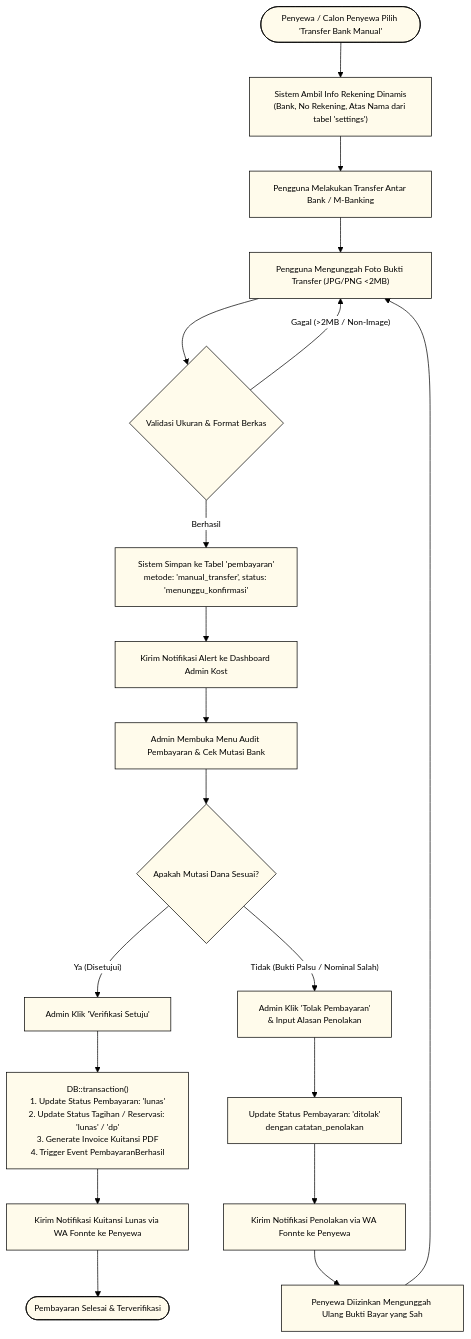
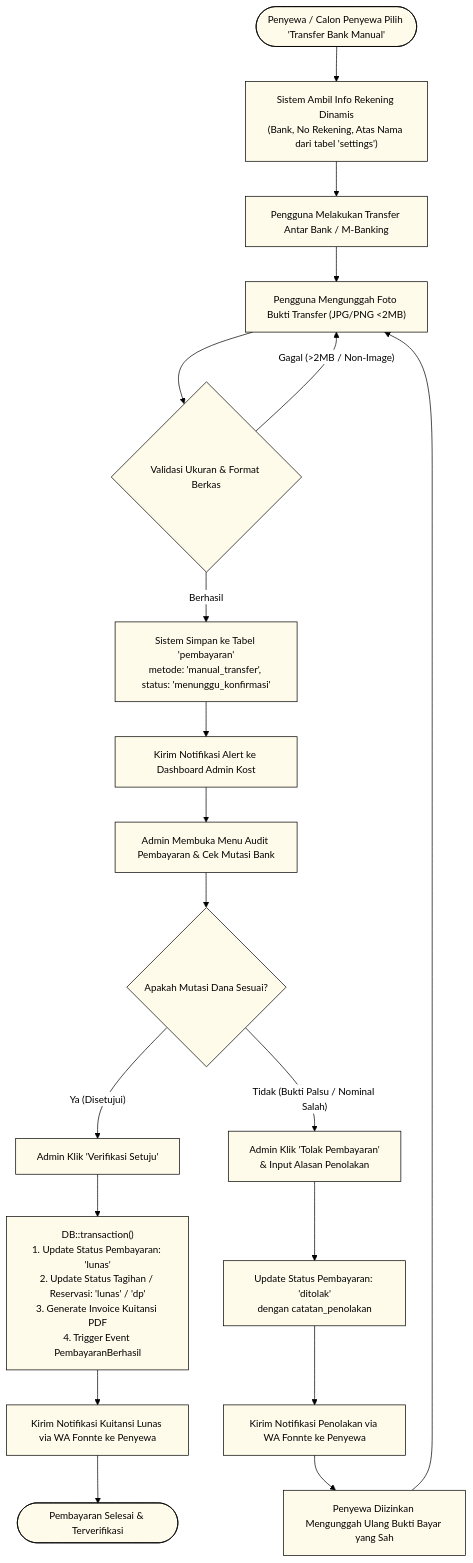
Before and after one commit to rafifarsyapradiva/asri-boarding-house: the diagram in Blueprint/prd/prd_diagram_11_manual_transfer_flow.mmd, drawn with Mermaid. The commit also changed 49 other files, not shown here.

Commit message:
docs(prd): finalize PRD v1.7.0, restructure diagram 16, add dual-format SVG/HD PNG and bump Blueprint v245.0

```diff
--- a/Blueprint/prd/prd_diagram_11_manual_transfer_flow.mmd
+++ b/Blueprint/prd/prd_diagram_11_manual_transfer_flow.mmd
@@ -1,37 +1,37 @@
 %%{init: {
   'theme': 'base',
   'themeVariables': {
     'primaryColor': '#FFFBEB',
     'primaryTextColor': '#000000',
     'primaryBorderColor': '#000000',
     'lineColor': '#000000',
     'secondaryColor': '#FDE047',
     'tertiaryColor': '#FFFFFF',
     'edgeLabelBackground': '#FFFFFF',
-    'fontSize': '12px',
+    'fontSize': '14px',
     'fontFamily': 'Inter, system-ui, sans-serif'
   }
 }}%%
 flowchart TD
     Start([Penyewa / Calon Penyewa Pilih 'Transfer Bank Manual']) --> FetchBank["Sistem Ambil Info Rekening Dinamis<br>(Bank, No Rekening, Atas Nama dari tabel 'settings')"]
     FetchBank --> UserTransfer["Pengguna Melakukan Transfer Antar Bank / M-Banking"]
     UserTransfer --> UploadProof["Pengguna Mengunggah Foto Bukti Transfer (JPG/PNG <2MB)"]
     UploadProof --> ValidateFile{Validasi Ukuran & Format Berkas}
     
     ValidateFile -- Gagal (>2MB / Non-Image) --> UploadProof
     ValidateFile -- Berhasil --> SavePayment["Sistem Simpan ke Tabel 'pembayaran'<br>metode: 'manual_transfer', status: 'menunggu_konfirmasi'"]
     
     SavePayment --> NotifyAdmin["Kirim Notifikasi Alert ke Dashboard Admin Kost"]
     NotifyAdmin --> AdminAudit["Admin Membuka Menu Audit Pembayaran & Cek Mutasi Bank"]
     AdminAudit --> DecisionAudit{Apakah Mutasi Dana Sesuai?}
     
     DecisionAudit -- Ya (Disetujui) --> ApprovePayment["Admin Klik 'Verifikasi Setuju'"]
     ApprovePayment --> DBTrans["DB::transaction()<br>1. Update Status Pembayaran: 'lunas'<br>2. Update Status Tagihan / Reservasi: 'lunas' / 'dp'<br>3. Generate Invoice Kuitansi PDF<br>4. Trigger Event PembayaranBerhasil"]
     DBTrans --> SendWASuccess["Kirim Notifikasi Kuitansi Lunas via WA Fonnte ke Penyewa"]
     SendWASuccess --> EndSuccess([Pembayaran Selesai & Terverifikasi])
     
     DecisionAudit -- Tidak (Bukti Palsu / Nominal Salah) --> RejectPayment["Admin Klik 'Tolak Pembayaran'<br>& Input Alasan Penolakan"]
     RejectPayment --> UpdateReject["Update Status Pembayaran: 'ditolak'<br>dengan catatan_penolakan"]
     UpdateReject --> SendWAReject["Kirim Notifikasi Penolakan via WA Fonnte ke Penyewa"]
     SendWAReject --> ReuploadOption["Penyewa Diizinkan Mengunggah Ulang Bukti Bayar yang Sah"]
     ReuploadOption --> UploadProof
```
